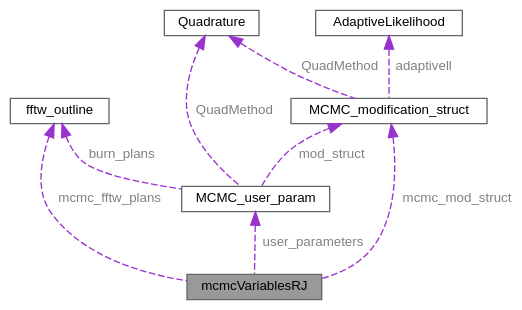
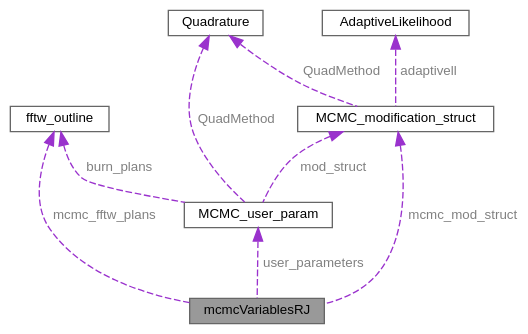
Before and after one commit to bayescollab/gw_analysis_tools: the diagram in structmcmcVariablesRJ__coll__graph.dot, drawn with Graphviz. The commit also changed 476 other files, not shown here.

```diff
--- a/structmcmcVariablesRJ__coll__graph.dot
+++ b/structmcmcVariablesRJ__coll__graph.dot
@@ -1,21 +1,29 @@
 digraph "mcmcVariablesRJ"
 {
  // LATEX_PDF_SIZE
   bgcolor="transparent";
   edge [fontname=Helvetica,fontsize=10,labelfontname=Helvetica,labelfontsize=10];
   node [fontname=Helvetica,fontsize=10,shape=box,height=0.2,width=0.4];
   Node1 [id="Node000001",label="mcmcVariablesRJ",height=0.2,width=0.4,color="gray40", fillcolor="grey60", style="filled", fontcolor="black",tooltip=" "];
-  Node2 -> Node1 [id="edge1_Node000001_Node000002",dir="back",color="darkorchid3",style="dashed",tooltip=" ",label=" mcmc_fftw_plans",fontcolor="grey" ];
+  Node2 -> Node1 [id="edge1_Node000001_Node000002",dir="back",color="darkorchid3",style="dashed",tooltip=" ",label=<<TABLE CELLBORDER="0" BORDER="0"><TR><TD VALIGN="top" ALIGN="LEFT" CELLPADDING="1" CELLSPACING="0">mcmc_fftw_plans</TD></TR>
+</TABLE>> ,fontcolor="grey" ];
   Node2 [id="Node000002",label="fftw_outline",height=0.2,width=0.4,color="gray40", fillcolor="white", style="filled",URL="$structfftw__outline.html",tooltip=" "];
-  Node3 -> Node1 [id="edge2_Node000001_Node000003",dir="back",color="darkorchid3",style="dashed",tooltip=" ",label=" mcmc_mod_struct",fontcolor="grey" ];
+  Node3 -> Node1 [id="edge2_Node000001_Node000003",dir="back",color="darkorchid3",style="dashed",tooltip=" ",label=<<TABLE CELLBORDER="0" BORDER="0"><TR><TD VALIGN="top" ALIGN="LEFT" CELLPADDING="1" CELLSPACING="0">mcmc_mod_struct</TD></TR>
+</TABLE>> ,fontcolor="grey" ];
   Node3 [id="Node000003",label="MCMC_modification_struct",height=0.2,width=0.4,color="gray40", fillcolor="white", style="filled",URL="$structMCMC__modification__struct.html",tooltip=" "];
-  Node4 -> Node3 [id="edge3_Node000003_Node000004",dir="back",color="darkorchid3",style="dashed",tooltip=" ",label=" QuadMethod",fontcolor="grey" ];
+  Node4 -> Node3 [id="edge3_Node000003_Node000004",dir="back",color="darkorchid3",style="dashed",tooltip=" ",label=<<TABLE CELLBORDER="0" BORDER="0"><TR><TD VALIGN="top" ALIGN="LEFT" CELLPADDING="1" CELLSPACING="0">QuadMethod</TD></TR>
+</TABLE>> ,fontcolor="grey" ];
   Node4 [id="Node000004",label="Quadrature",height=0.2,width=0.4,color="gray40", fillcolor="white", style="filled",URL="$classQuadrature.html",tooltip="Class to evaluate integrals with established spacing and weights."];
-  Node5 -> Node3 [id="edge4_Node000003_Node000005",dir="back",color="darkorchid3",style="dashed",tooltip=" ",label=" adaptivell",fontcolor="grey" ];
+  Node5 -> Node3 [id="edge4_Node000003_Node000005",dir="back",color="darkorchid3",style="dashed",tooltip=" ",label=<<TABLE CELLBORDER="0" BORDER="0"><TR><TD VALIGN="top" ALIGN="LEFT" CELLPADDING="1" CELLSPACING="0">adaptivell</TD></TR>
+</TABLE>> ,fontcolor="grey" ];
   Node5 [id="Node000005",label="AdaptiveLikelihood",height=0.2,width=0.4,color="gray40", fillcolor="white", style="filled",URL="$classAdaptiveLikelihood.html",tooltip=" "];
-  Node6 -> Node1 [id="edge5_Node000001_Node000006",dir="back",color="darkorchid3",style="dashed",tooltip=" ",label=" user_parameters",fontcolor="grey" ];
+  Node6 -> Node1 [id="edge5_Node000001_Node000006",dir="back",color="darkorchid3",style="dashed",tooltip=" ",label=<<TABLE CELLBORDER="0" BORDER="0"><TR><TD VALIGN="top" ALIGN="LEFT" CELLPADDING="1" CELLSPACING="0">user_parameters</TD></TR>
+</TABLE>> ,fontcolor="grey" ];
   Node6 [id="Node000006",label="MCMC_user_param",height=0.2,width=0.4,color="gray40", fillcolor="white", style="filled",URL="$structMCMC__user__param.html",tooltip=" "];
-  Node2 -> Node6 [id="edge6_Node000006_Node000002",dir="back",color="darkorchid3",style="dashed",tooltip=" ",label=" burn_plans",fontcolor="grey" ];
-  Node4 -> Node6 [id="edge7_Node000006_Node000004",dir="back",color="darkorchid3",style="dashed",tooltip=" ",label=" QuadMethod",fontcolor="grey" ];
-  Node3 -> Node6 [id="edge8_Node000006_Node000003",dir="back",color="darkorchid3",style="dashed",tooltip=" ",label=" mod_struct",fontcolor="grey" ];
+  Node2 -> Node6 [id="edge6_Node000006_Node000002",dir="back",color="darkorchid3",style="dashed",tooltip=" ",label=<<TABLE CELLBORDER="0" BORDER="0"><TR><TD VALIGN="top" ALIGN="LEFT" CELLPADDING="1" CELLSPACING="0">burn_plans</TD></TR>
+</TABLE>> ,fontcolor="grey" ];
+  Node4 -> Node6 [id="edge7_Node000006_Node000004",dir="back",color="darkorchid3",style="dashed",tooltip=" ",label=<<TABLE CELLBORDER="0" BORDER="0"><TR><TD VALIGN="top" ALIGN="LEFT" CELLPADDING="1" CELLSPACING="0">QuadMethod</TD></TR>
+</TABLE>> ,fontcolor="grey" ];
+  Node3 -> Node6 [id="edge8_Node000006_Node000003",dir="back",color="darkorchid3",style="dashed",tooltip=" ",label=<<TABLE CELLBORDER="0" BORDER="0"><TR><TD VALIGN="top" ALIGN="LEFT" CELLPADDING="1" CELLSPACING="0">mod_struct</TD></TR>
+</TABLE>> ,fontcolor="grey" ];
 }
```
